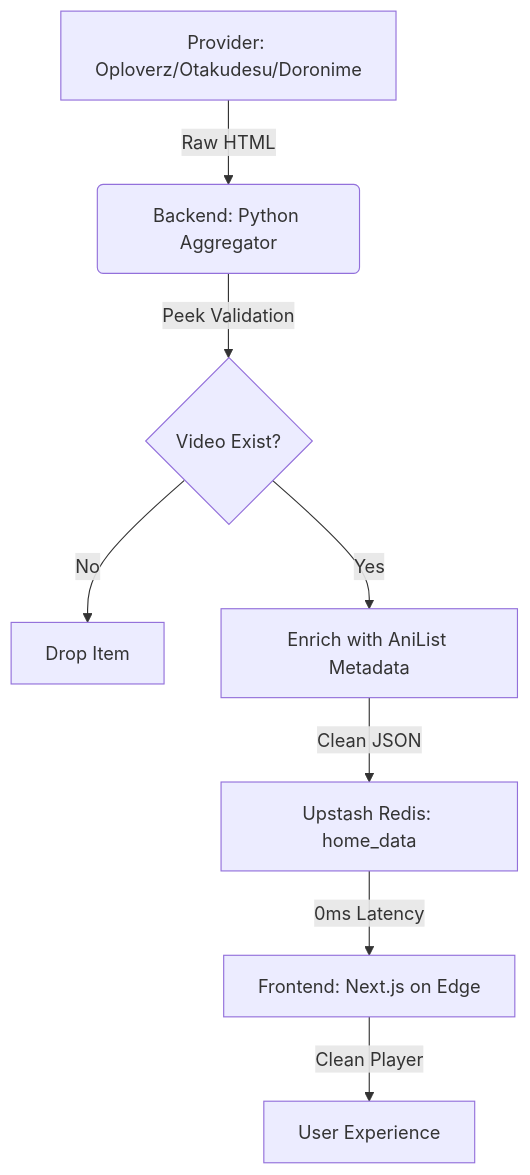
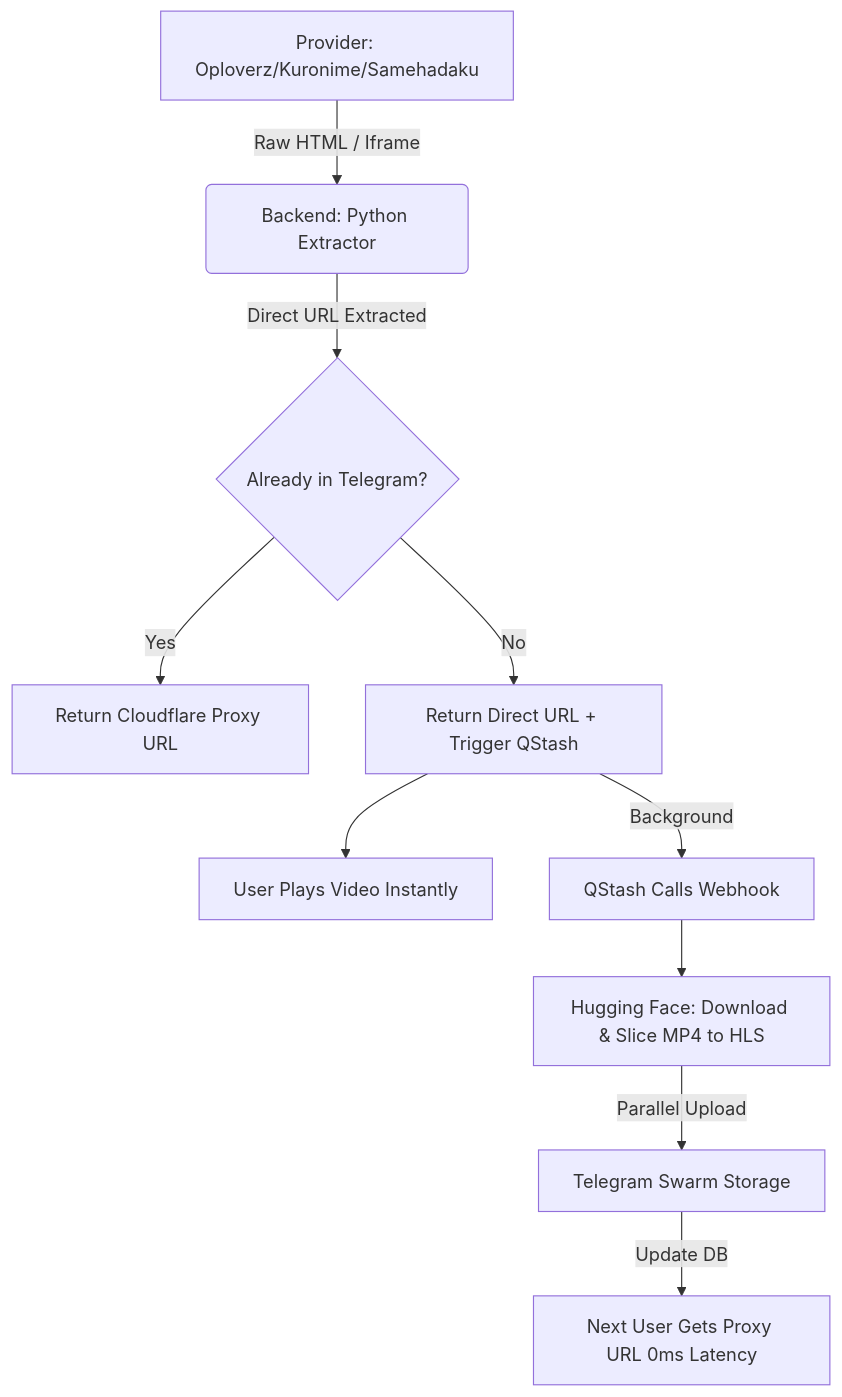
Before and after one commit to mhaekall/anime-scraper-pro: the diagram in ARCHITECTURE_V2.md, drawn with Mermaid. The commit also changed 5 other files, not shown here.

Commit message:
feat(core): HLS universal player, DB sync fix, garbage collection, and arch update

````diff
--- a/ARCHITECTURE_V2.md
+++ b/ARCHITECTURE_V2.md
@@ -38,10 +38,12 @@
 ```mermaid
 graph TD
-    A[Provider: Oploverz/Otakudesu/Doronime] -->|Raw HTML| B(Backend: Python Aggregator)
-    B -->|Peek Validation| C{Video Exist?}
-    C -->|No| D[Drop Item]
-    C -->|Yes| E[Enrich with AniList Metadata]
-    E -->|Clean JSON| F[Upstash Redis: home_data]
-    F -->|0ms Latency| G[Frontend: Next.js on Edge]
-    G -->|Clean Player| H[User Experience]
+    A[Provider: Oploverz/Kuronime/Samehadaku] -->|Raw HTML / Iframe| B(Backend: Python Extractor)
+    B -->|Direct URL Extracted| C{Already in Telegram?}
+    C -->|Yes| D[Return Cloudflare Proxy URL]
+    C -->|No| E[Return Direct URL + Trigger QStash]
+    E --> F[User Plays Video Instantly]
+    E -->|Background| G[QStash Calls Webhook]
+    G --> H[Hugging Face: Download & Slice MP4 to HLS]
+    H -->|Parallel Upload| I[Telegram Swarm Storage]
+    I -->|Update DB| J[Next User Gets Proxy URL 0ms Latency]
 ```
````
